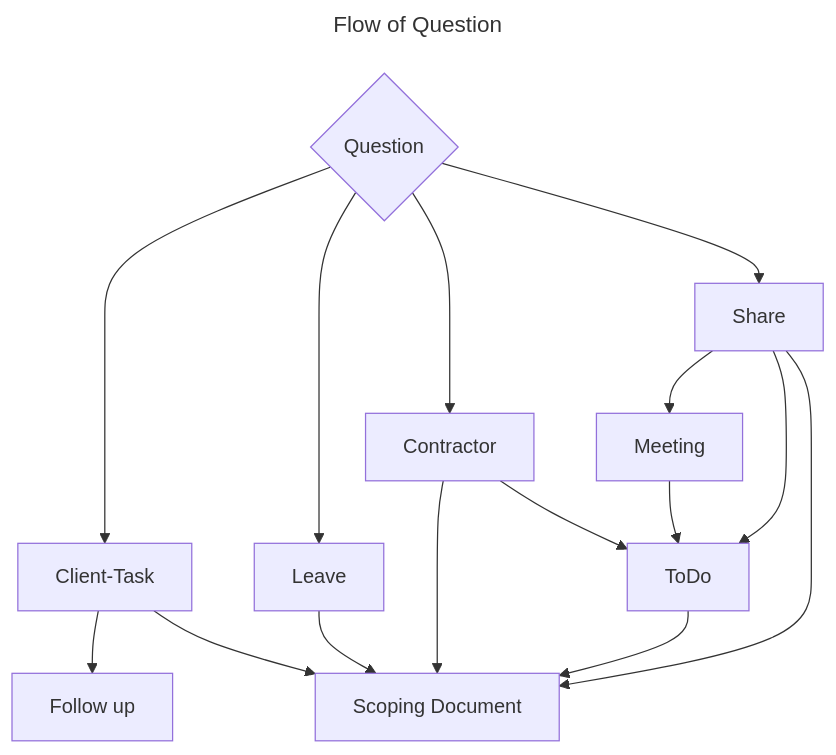
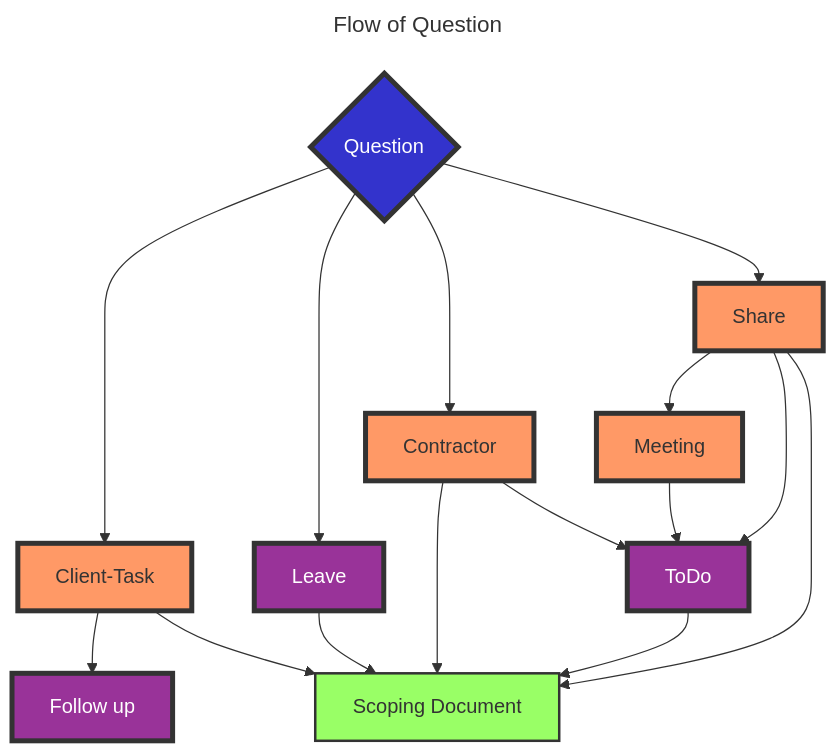
Before and after one commit to tascott/Project-2: the diagram in Design/Question-Flow.mmd, drawn with Mermaid.

Commit message:
styling for flow diagram

```diff
--- a/Design/Question-Flow.mmd
+++ b/Design/Question-Flow.mmd
@@ -1,18 +1,26 @@
 ---
 title: Flow of Question
 ---
 flowchart
     A{Question} --> B[Client-Task]
     A --> C[Contractor]
     A --> L[Leave]
     A --> S[Share]
     B --> F[Follow up]
     B --> E[Scoping Document]
     L --> E
     C --> E
     C --> T[ToDo]
     M --> T
     S --> M[Meeting]
     S --> T
     T --> E
     S --> E
+    classDef green fill:#9f6,stroke:#333,stroke-width:2px;
+    classDef orange fill:#f96,stroke:#333,stroke-width:4px;
+    classDef purple fill:#939,stroke:#333,stroke-width:4px, color: #fff;
+    classDef blue fill:#33c,stroke:#333,stroke-width:4px, color: #fff;
+    class A blue
+    class F,T,L purple
+    class E green
+    class B,C,D,S,M orange
```
